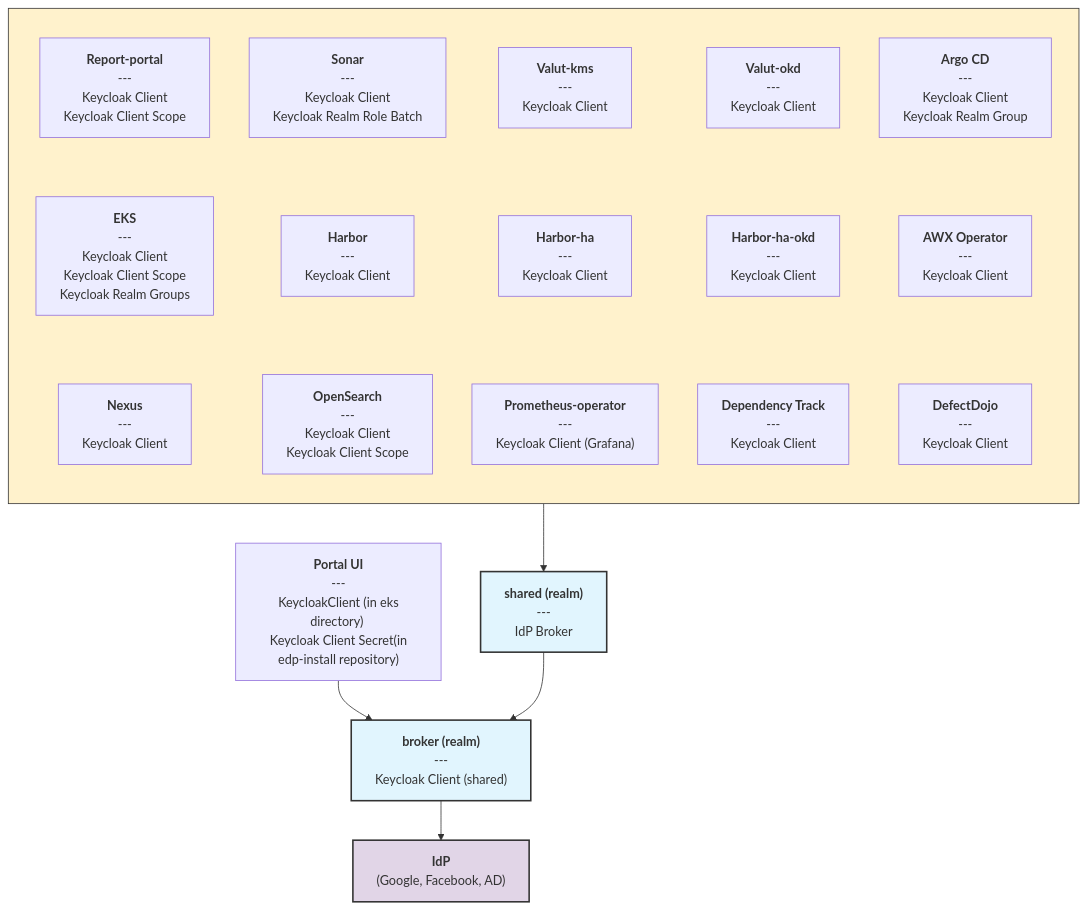
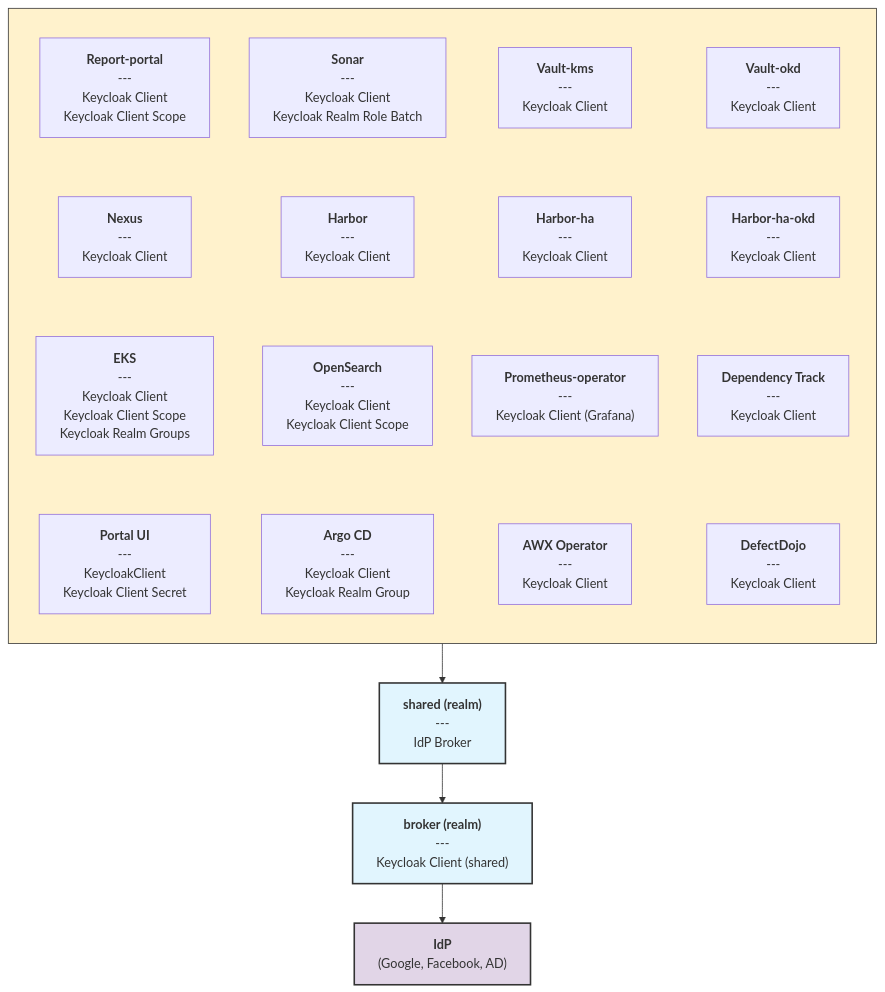
One commit to KubeRocketCI/docs changed the first of 2 diagrams in versioned_docs/version-3.9.0/operator-guide/auth/platform-auth-model.md. Above: the diagram before and after it, drawn with Mermaid. The commit also changed other lines of this file and 9 other files, not shown here.

````diff
--- a/versioned_docs/version-3.9.0/operator-guide/auth/platform-auth-model.md
+++ b/versioned_docs/version-3.9.0/operator-guide/auth/platform-auth-model.md
@@ -13,40 +13,41 @@
 ```mermaid
 graph TD;
     style integrated_services fill:#FFF2CC,stroke:#333,stroke-width:1px
     style shared_realm fill:#e1f5fe,stroke:#333,stroke-width:2px
     style broker_realm fill:#e1f5fe,stroke:#333,stroke-width:2px
     style IdP fill:#E1D5E7,stroke:#333,stroke-width:2px,dashed
 
     subgraph integrated_services [" "]
         direction TB
         Report-Portal["<b>Report-portal</b><br>---<br>Keycloak Client<br> Keycloak Client Scope"]
         Sonar["<b>Sonar</b><br>---<br>Keycloak Client<br>Keycloak Realm Role Batch"]
-        Vault-kms["<b>Valut-kms</b><br> --- <br> Keycloak Client"]
-        Vault-okd["<b>Valut-okd</b><br> --- <br> Keycloak Client"]
+        Vault-kms["<b>Vault-kms</b><br> --- <br> Keycloak Client"]
+        Vault-okd["<b>Vault-okd</b><br> --- <br> Keycloak Client"]
         ArgoCD["<b>Argo CD</b><br> --- <br> Keycloak Client <br> Keycloak Realm Group"]
 
         EKS["<b>EKS</b><br> --- <br> Keycloak Client <br> Keycloak Client Scope <br> Keycloak Realm Groups"]
         Harbor["<b>Harbor</b><br> --- <br> Keycloak Client"]
         Harbor-ha["<b>Harbor-ha</b><br> --- <br> Keycloak Client"]
         Harbor-ha-okd["<b>Harbor-ha-okd</b><br> --- <br> Keycloak Client"]
         AWX-operator["<b>AWX Operator</b><br> --- <br> Keycloak Client"]
 
         Nexus["<b>Nexus</b><br> --- <br> Keycloak Client"]
         OpenSearch["<b>OpenSearch</b><br> --- <br> Keycloak Client <br> Keycloak Client Scope"]
         Prometheus-operator["<b>Prometheus-operator</b><br> --- <br> Keycloak Client (Grafana)"]
         DependencyTrack["<b>Dependency Track</b><br> --- <br> Keycloak Client"]
         DefectDojo["<b>DefectDojo</b><br> --- <br> Keycloak Client"]
 
-        Report-Portal ~~~ EKS ~~~ Nexus
-        Sonar ~~~ Harbor ~~~ OpenSearch
-        Vault-kms ~~~ Harbor-ha ~~~ Prometheus-operator
-        Vault-okd ~~~ Harbor-ha-okd ~~~ DependencyTrack
-        ArgoCD ~~~ AWX-operator ~~~ DefectDojo
+        Portal["<b>Portal UI</b><br> --- <br> KeycloakClient <br> Keycloak Client Secret"]
+
+        %% Define the new 4x4 grid layout
+        Report-Portal ~~~ Nexus ~~~ EKS ~~~ Portal
+        Sonar ~~~ Harbor ~~~ OpenSearch ~~~ ArgoCD
+        Vault-kms ~~~ Harbor-ha ~~~ Prometheus-operator ~~~ AWX-operator
+        Vault-okd ~~~ Harbor-ha-okd ~~~ DependencyTrack ~~~ DefectDojo
     end
 
     integrated_services --> shared_realm["<b>shared (realm)</b><br> --- <br> IdP Broker"]
 
-    Portal["<b>Portal UI</b><br> --- <br> KeycloakClient (in eks directory) <br> Keycloak Client Secret(in edp-install repository)"] --> broker_realm["broker (realm)"]
     shared_realm --> broker_realm["<b>broker (realm)</b><br> --- <br> Keycloak Client (shared)"]
     broker_realm --> IdP["<b>IdP</b><br> (Google, Facebook, AD)"]
 ```
````
